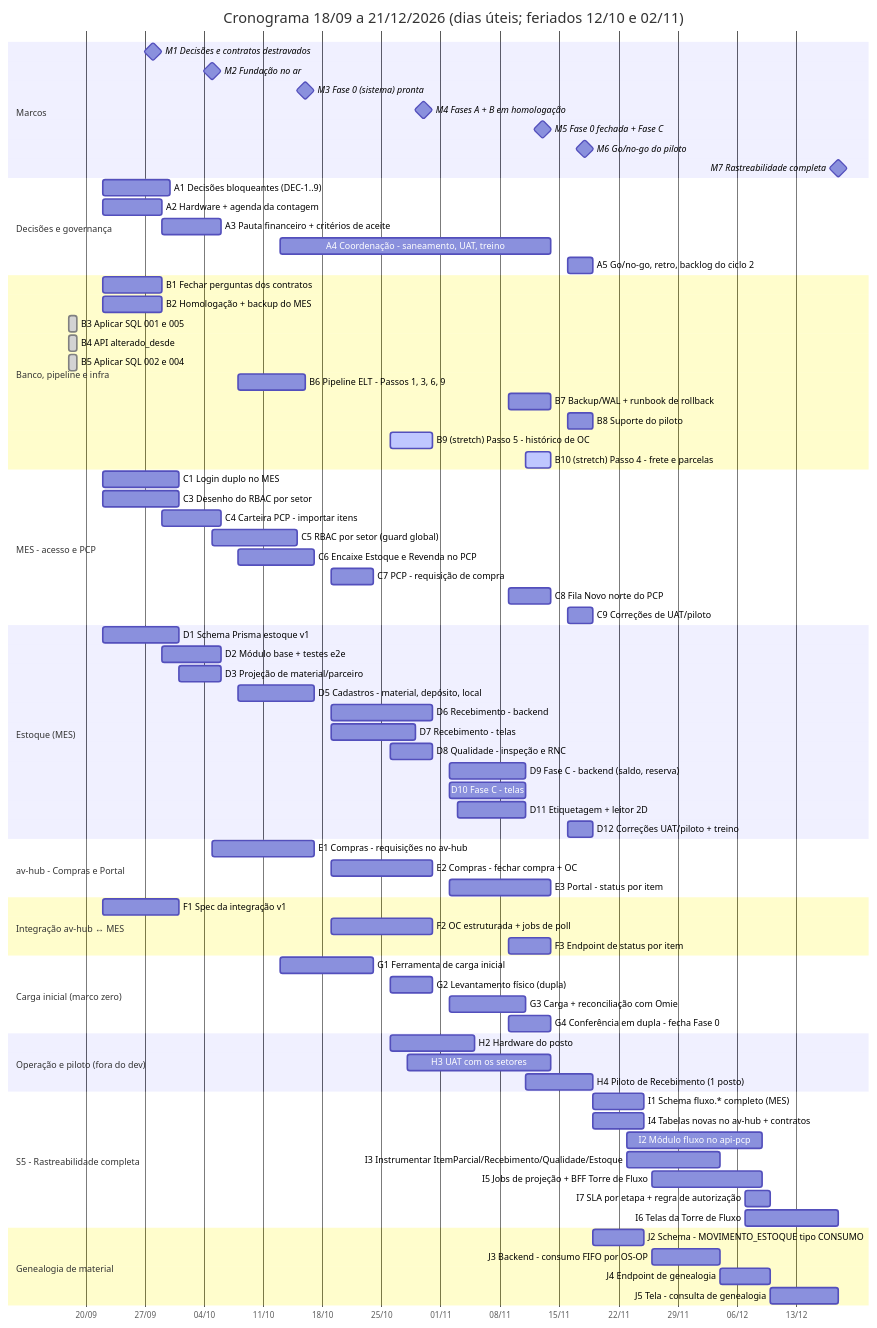
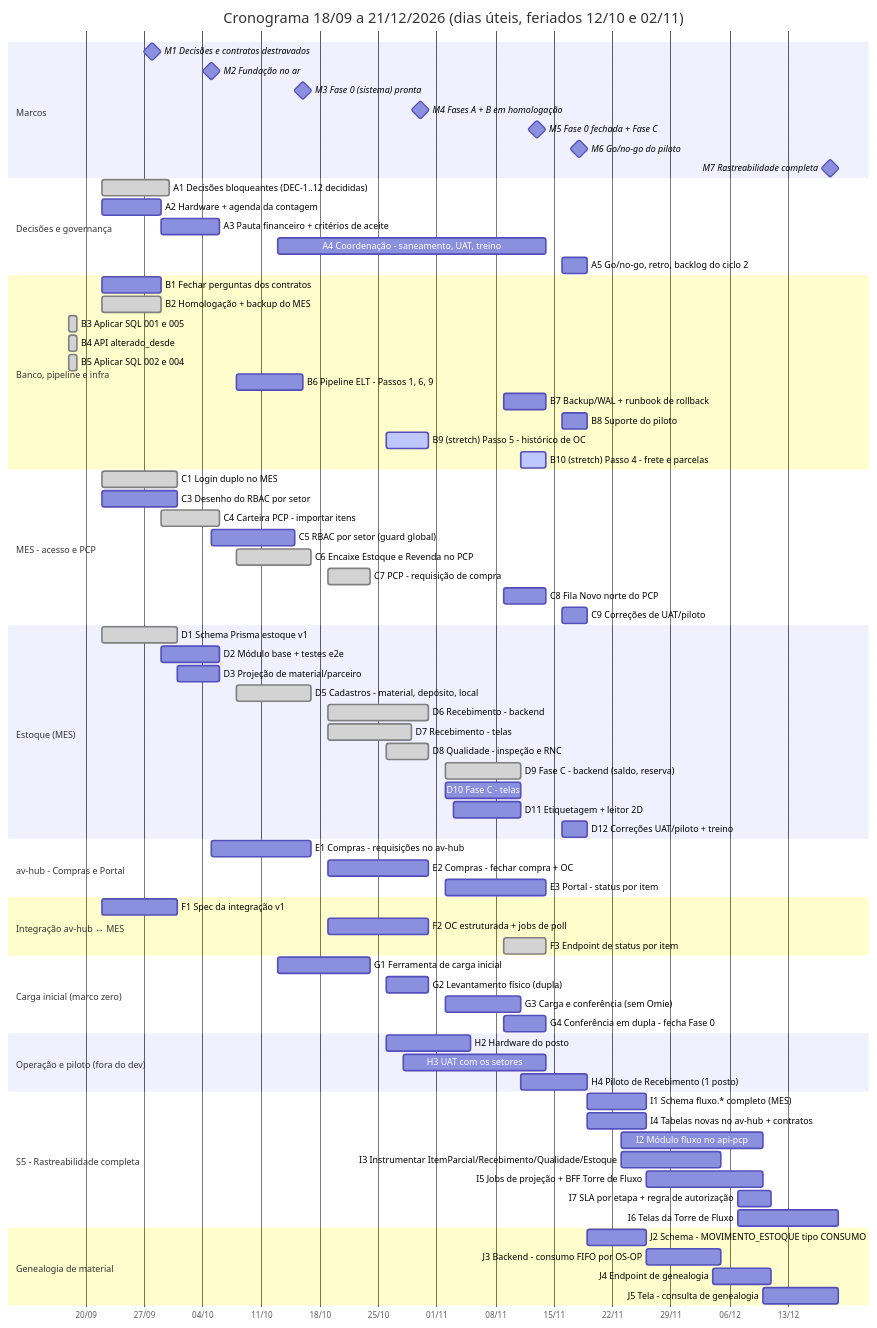
The diagram in 07-Cronograma/Cronograma-2-Meses.md (Acosvital/vault-avhub-mer), drawn with Mermaid before and after one commit. The commit also changed other lines of this file and 116 other files, not shown here.

````diff
--- a/07-Cronograma/Cronograma-2-Meses.md
+++ b/07-Cronograma/Cronograma-2-Meses.md
@@ -242,82 +301,82 @@
 ```mermaid
 gantt
-    title Cronograma 18/09 a 21/12/2026 (dias úteis; feriados 12/10 e 02/11)
+    title Cronograma 18/09 a 21/12/2026 (dias úteis, feriados 12/10 e 02/11)
     dateFormat YYYY-MM-DD
     axisFormat %d/%m
     section Marcos
     M1 Decisões e contratos destravados :milestone, m1, 2026-09-28, 0d
     M2 Fundação no ar :milestone, m2, 2026-10-05, 0d
     M3 Fase 0 (sistema) pronta :milestone, m3, 2026-10-16, 0d
     M4 Fases A + B em homologação :milestone, m4, 2026-10-30, 0d
     M5 Fase 0 fechada + Fase C :milestone, m5, 2026-11-13, 0d
     M6 Go/no-go do piloto :milestone, m6, 2026-11-18, 0d
     M7 Rastreabilidade completa :milestone, m7, 2026-12-18, 0d
     section Decisões e governança
-    A1 Decisões bloqueantes (DEC-1..9) :a1, 2026-09-22, 2026-09-30
+    A1 Decisões bloqueantes (DEC-1..12 decididas) :done, a1, 2026-09-22, 2026-09-30
     A2 Hardware + agenda da contagem :a2, 2026-09-22, 2026-09-29
     A3 Pauta financeiro + critérios de aceite :a3, 2026-09-29, 2026-10-06
     A4 Coordenação - saneamento, UAT, treino :a4, 2026-10-13, 2026-11-14
     A5 Go/no-go, retro, backlog do ciclo 2 :a5, 2026-11-16, 2026-11-19
     section Banco, pipeline e infra
     B1 Fechar perguntas dos contratos :b1, 2026-09-22, 2026-09-29
-    B2 Homologação + backup do MES :b2, 2026-09-22, 2026-09-29
+    B2 Homologação + backup do MES :done, b2, 2026-09-22, 2026-09-29
     B3 Aplicar SQL 001 e 005 :done, b3, 2026-09-18, 2026-09-19
     B4 API alterado_desde :done, b4, 2026-09-18, 2026-09-19
     B5 Aplicar SQL 002 e 004 :done, b5, 2026-09-18, 2026-09-19
-    B6 Pipeline ELT - Passos 1, 3, 6, 9 :b6, 2026-10-08, 2026-10-16
+    B6 Pipeline ELT - Passos 1, 6, 9 :b6, 2026-10-08, 2026-10-16
     B7 Backup/WAL + runbook de rollback :b7, 2026-11-09, 2026-11-14
     B8 Suporte do piloto :b8, 2026-11-16, 2026-11-19
     B9 (stretch) Passo 5 - histórico de OC :active, b9, 2026-10-26, 2026-10-31
     B10 (stretch) Passo 4 - frete e parcelas :active, b10, 2026-11-11, 2026-11-14
     section MES - acesso e PCP
-    C1 Login duplo no MES :c1, 2026-09-22, 2026-10-01
+    C1 Login duplo no MES :done, c1, 2026-09-22, 2026-10-01
     C3 Desenho do RBAC por setor :c3, 2026-09-22, 2026-10-01
-    C4 Carteira PCP - importar itens :c4, 2026-09-29, 2026-10-06
+    C4 Carteira PCP - importar itens :done, c4, 2026-09-29, 2026-10-06
     C5 RBAC por setor (guard global) :c5, 2026-10-05, 2026-10-15
-    C6 Encaixe Estoque e Revenda no PCP :c6, 2026-10-08, 2026-10-17
-    C7 PCP - requisição de compra :c7, 2026-10-19, 2026-10-24
+    C6 Encaixe Estoque e Revenda no PCP :done, c6, 2026-10-08, 2026-10-17
+    C7 PCP - requisição de compra :done, c7, 2026-10-19, 2026-10-24
     C8 Fila Novo norte do PCP :c8, 2026-11-09, 2026-11-14
     C9 Correções de UAT/piloto :c9, 2026-11-16, 2026-11-19
     section Estoque (MES)
-    D1 Schema Prisma estoque v1 :d1, 2026-09-22, 2026-10-01
+    D1 Schema Prisma estoque v1 :done, d1, 2026-09-22, 2026-10-01
     D2 Módulo base + testes e2e :d2, 2026-09-29, 2026-10-06
     D3 Projeção de material/parceiro :d3, 2026-10-01, 2026-10-06
-    D5 Cadastros - material, depósito, local :d5, 2026-10-08, 2026-10-17
-    D6 Recebimento - backend :d6, 2026-10-19, 2026-10-31
-    D7 Recebimento - telas :d7, 2026-10-19, 2026-10-29
-    D8 Qualidade - inspeção e RNC :d8, 2026-10-26, 2026-10-31
-    D9 Fase C - backend (saldo, reserva) :d9, 2026-11-02, 2026-11-11
+    D5 Cadastros - material, depósito, local :done, d5, 2026-10-08, 2026-10-17
+    D6 Recebimento - backend :done, d6, 2026-10-19, 2026-10-31
+    D7 Recebimento - telas :done, d7, 2026-10-19, 2026-10-29
+    D8 Qualidade - inspeção e RNC :done, d8, 2026-10-26, 2026-10-31
+    D9 Fase C - backend (saldo, reserva) :done, d9, 2026-11-02, 2026-11-11
     D10 Fase C - telas :d10, 2026-11-02, 2026-11-11
     D11 Etiquetagem + leitor 2D :d11, 2026-11-03, 2026-11-11
     D12 Correções UAT/piloto + treino :d12, 2026-11-16, 2026-11-19
     section av-hub - Compras e Portal
     E1 Compras - requisições no av-hub :e1, 2026-10-05, 2026-10-17
     E2 Compras - fechar compra + OC :e2, 2026-10-19, 2026-10-31
     E3 Portal - status por item :e3, 2026-11-02, 2026-11-14
     section Integração av-hub ↔ MES
     F1 Spec da integração v1 :f1, 2026-09-22, 2026-10-01
     F2 OC estruturada + jobs de poll :f2, 2026-10-19, 2026-10-31
-    F3 Endpoint de status por item :f3, 2026-11-09, 2026-11-14
+    F3 Endpoint de status por item :done, f3, 2026-11-09, 2026-11-14
     section Carga inicial (marco zero)
     G1 Ferramenta de carga inicial :g1, 2026-10-13, 2026-10-24
     G2 Levantamento físico (dupla) :g2, 2026-10-26, 2026-10-31
-    G3 Carga + reconciliação com Omie :g3, 2026-11-02, 2026-11-11
+    G3 Carga e conferência (sem Omie) :g3, 2026-11-02, 2026-11-11
     G4 Conferência em dupla - fecha Fase 0 :g4, 2026-11-09, 2026-11-14
     section Operação e piloto (fora do dev)
     H2 Hardware do posto :h2, 2026-10-26, 2026-11-05
     H3 UAT com os setores :h3, 2026-10-28, 2026-11-14
     H4 Piloto de Recebimento (1 posto) :h4, 2026-11-11, 2026-11-19
     section S5 - Rastreabilidade completa
-    I1 Schema fluxo.* completo (MES) :i1, 2026-11-19, 2026-11-25
-    I4 Tabelas novas no av-hub + contratos :i4, 2026-11-19, 2026-11-25
-    I2 Módulo fluxo no api-pcp :i2, 2026-11-23, 2026-12-09
-    I3 Instrumentar ItemParcial/Recebimento/Qualidade/Estoque :i3, 2026-11-23, 2026-12-04
-    I5 Jobs de projeção + BFF Torre de Fluxo :i5, 2026-11-26, 2026-12-09
-    I7 SLA por etapa + regra de autorização :i7, 2026-12-07, 2026-12-10
-    I6 Telas da Torre de Fluxo :i6, 2026-12-07, 2026-12-18
+    I1 Schema fluxo.* completo (MES) :i1, 2026-11-19, 2026-11-26
+    I4 Tabelas novas no av-hub + contratos :i4, 2026-11-19, 2026-11-26
+    I2 Módulo fluxo no api-pcp :i2, 2026-11-23, 2026-12-10
+    I3 Instrumentar ItemParcial/Recebimento/Qualidade/Estoque :i3, 2026-11-23, 2026-12-05
+    I5 Jobs de projeção + BFF Torre de Fluxo :i5, 2026-11-26, 2026-12-10
+    I7 SLA por etapa + regra de autorização :i7, 2026-12-07, 2026-12-11
+    I6 Telas da Torre de Fluxo :i6, 2026-12-07, 2026-12-19
     section Genealogia de material
-    J2 Schema - MOVIMENTO_ESTOQUE tipo CONSUMO :j2, 2026-11-19, 2026-11-25
-    J3 Backend - consumo FIFO por OS-OP :j3, 2026-11-26, 2026-12-04
-    J4 Endpoint de genealogia :j4, 2026-12-04, 2026-12-10
-    J5 Tela - consulta de genealogia :j5, 2026-12-10, 2026-12-18
+    J2 Schema - MOVIMENTO_ESTOQUE tipo CONSUMO :j2, 2026-11-19, 2026-11-26
+    J3 Backend - consumo FIFO por OS-OP :j3, 2026-11-26, 2026-12-05
+    J4 Endpoint de genealogia :j4, 2026-12-04, 2026-12-11
+    J5 Tela - consulta de genealogia :j5, 2026-12-10, 2026-12-19
 ```
````
